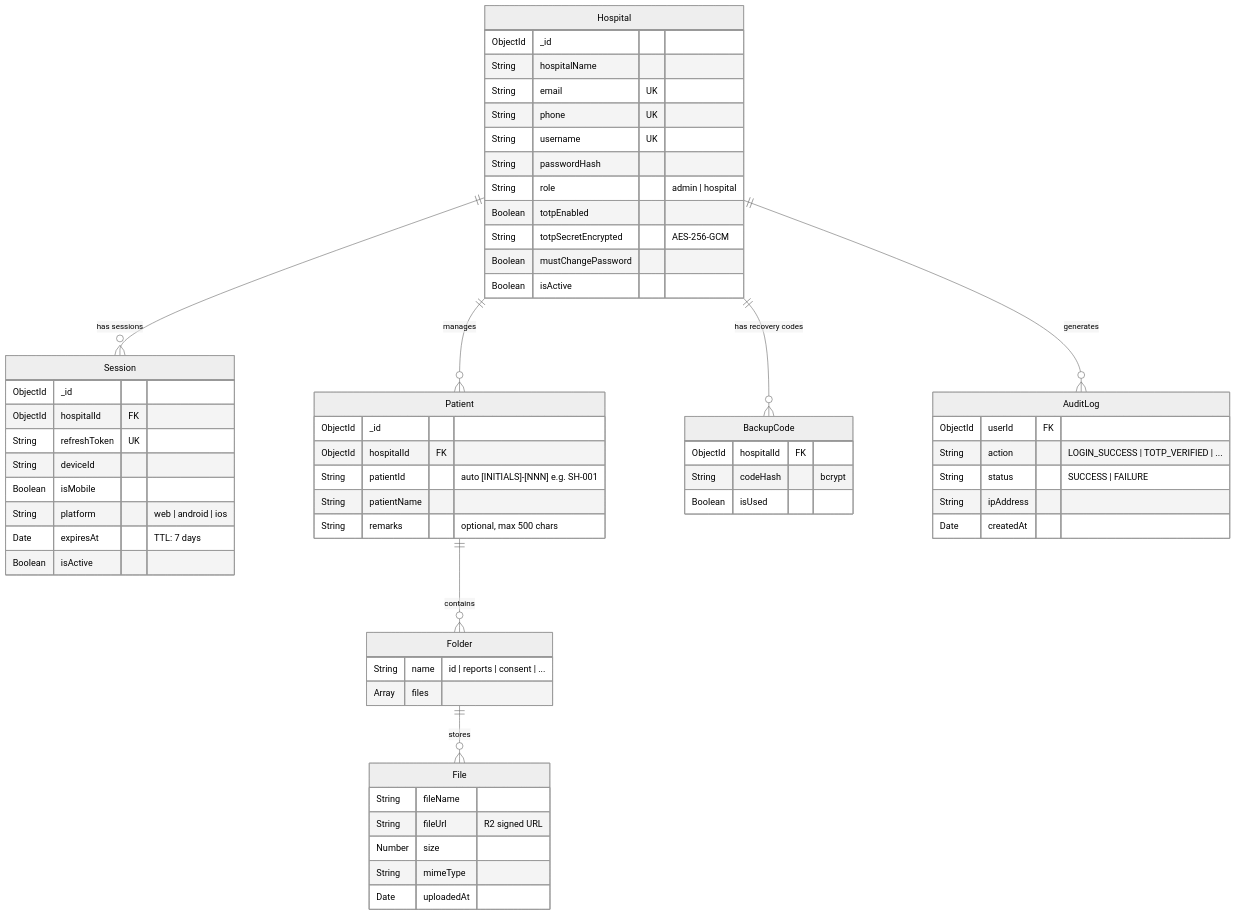
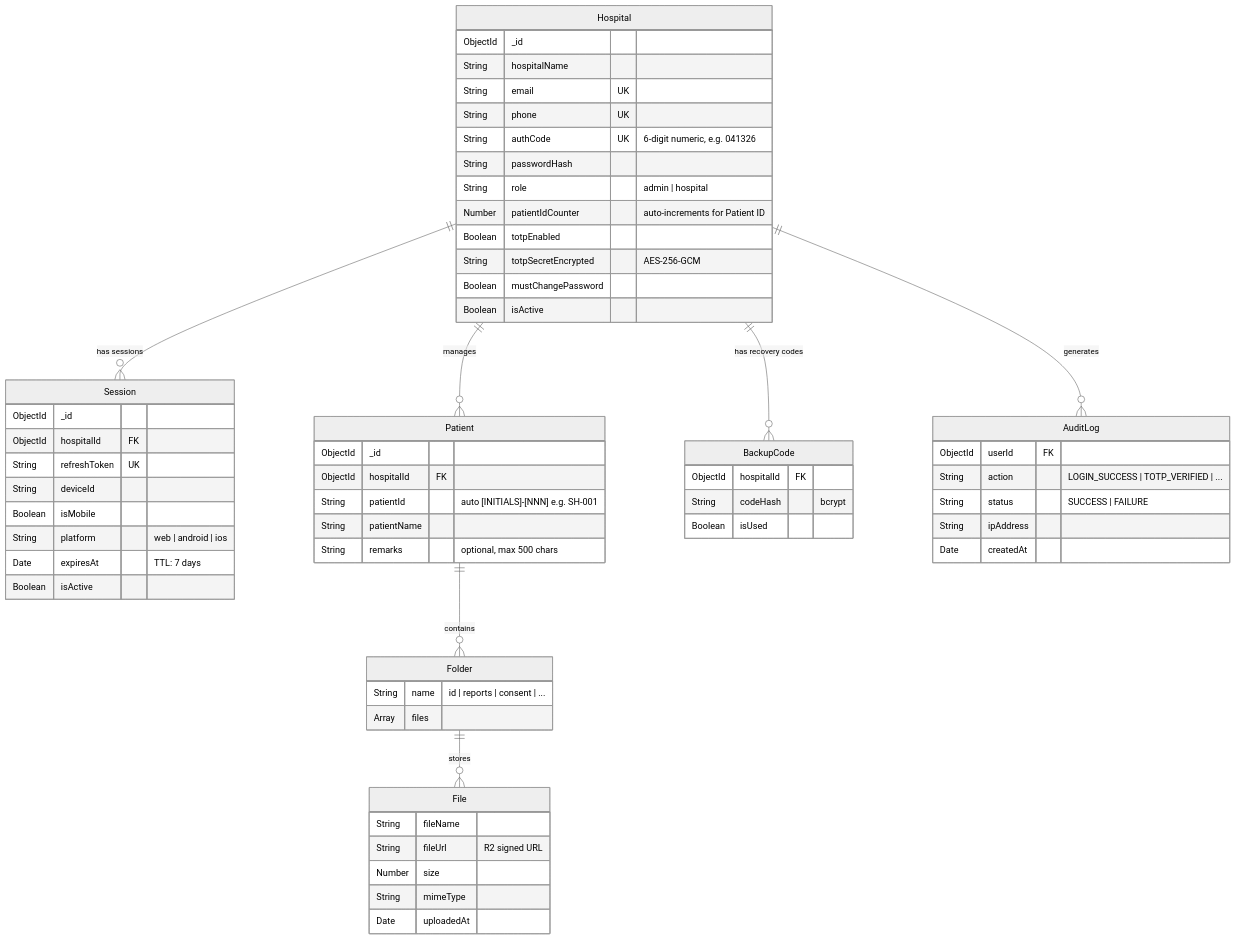
One commit to urvagandhi/Hospital-Management changed the fourth of 6 diagrams in README.md. Above: the diagram before and after it, drawn with Mermaid (neutral theme). The commit also changed other lines of this file and 75 other files, not shown here.

````diff
--- a/README.md
+++ b/README.md
@@ -158,69 +158,70 @@
 ```mermaid
 erDiagram
     Hospital ||--o{ Session : "has sessions"
     Hospital ||--o{ Patient : "manages"
     Hospital ||--o{ BackupCode : "has recovery codes"
     Hospital ||--o{ AuditLog : "generates"
     Patient ||--o{ Folder : "contains"
     Folder ||--o{ File : "stores"
 
     Hospital {
         ObjectId _id
         String hospitalName
         String email UK
         String phone UK
-        String username UK
+        String authCode UK "6-digit numeric, e.g. 041326"
         String passwordHash
         String role "admin | hospital"
+        Number patientIdCounter "auto-increments for Patient ID"
         Boolean totpEnabled
         String totpSecretEncrypted "AES-256-GCM"
         Boolean mustChangePassword
         Boolean isActive
     }
 
     Session {
         ObjectId _id
         ObjectId hospitalId FK
         String refreshToken UK
         String deviceId
         Boolean isMobile
         String platform "web | android | ios"
         Date expiresAt "TTL: 7 days"
         Boolean isActive
     }
 
     Patient {
         ObjectId _id
         ObjectId hospitalId FK
         String patientId "auto [INITIALS]-[NNN] e.g. SH-001"
         String patientName
         String remarks "optional, max 500 chars"
     }
 
     Folder {
         String name "id | reports | consent | ..."
         Array files
     }
 
     File {
         String fileName
         String fileUrl "R2 signed URL"
         Number size
         String mimeType
         Date uploadedAt
     }
 
     BackupCode {
         ObjectId hospitalId FK
         String codeHash "bcrypt"
         Boolean isUsed
     }
 
     AuditLog {
         ObjectId userId FK
         String action "LOGIN_SUCCESS | TOTP_VERIFIED | ..."
         String status "SUCCESS | FAILURE"
         String ipAddress
         Date createdAt
     }
 ```
````
